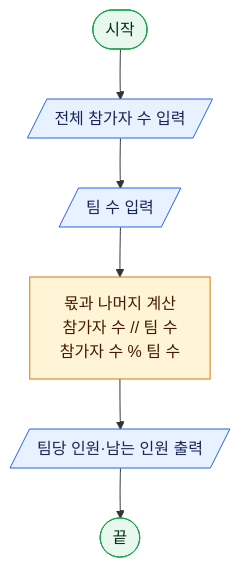
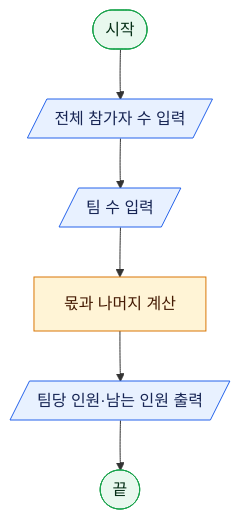
The third of 3 diagrams in 강의교재/week03_code.qmd (phyzikyh/computing), drawn with Mermaid before and after one commit. The commit also changed other lines of this file and 3 other files, not shown here.

````diff
--- a/강의교재/week03_code.qmd
+++ b/강의교재/week03_code.qmd
@@ -135,15 +132,17 @@
 ```{mermaid}
+%%| echo: false
 %%| fig-cap: "팀 나누기 절차의 순서도"
+%%| fig-width: 3.5
 flowchart TD
     A([시작]) --> B[/전체 참가자 수 입력/]
     B --> C[/팀 수 입력/]
-    C --> D["몫과 나머지 계산<br/>참가자 수 // 팀 수<br/>참가자 수 % 팀 수"]
+    C --> D["몫과 나머지 계산"]
     D --> E[/팀당 인원·남는 인원 출력/]
     E --> F([끝])
     classDef startend fill:#e8f8ee,stroke:#16a34a,color:#052e16
     classDef io fill:#e8f1ff,stroke:#2563eb,color:#172554
     classDef process fill:#fff4d6,stroke:#d97706,color:#451a03
     class A,F startend
     class B,C,E io
     class D process
 ```
````
